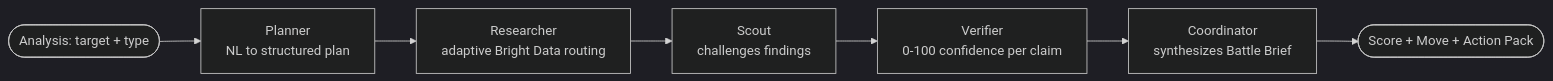
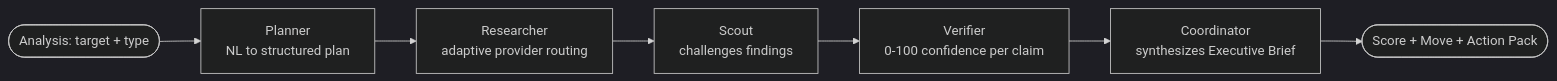
Before and after one commit to pranav-bhagath19/StratOS-AI: the first of 2 diagrams in README.md, drawn with Mermaid (dark theme). The commit also changed other lines of this file, not shown here.

Commit message:
docs: update README to reflect transition to provider-agnostic modular intelligence tools and OpenRouter integration

````diff
--- a/README.md
+++ b/README.md
@@ -100,9 +98,9 @@
 ```mermaid
 graph LR
   Start([Analysis: target + type]) --> Planner
   Planner[Planner<br/>NL to structured plan] --> Researcher
-  Researcher[Researcher<br/>adaptive Bright Data routing] --> Scout
+  Researcher[Researcher<br/>adaptive provider routing] --> Scout
   Scout[Scout<br/>challenges findings] --> Verifier
   Verifier[Verifier<br/>0-100 confidence per claim] --> Coordinator
-  Coordinator[Coordinator<br/>synthesizes Battle Brief] --> Output([Score + Move + Action Pack])
+  Coordinator[Coordinator<br/>synthesizes Executive Brief] --> Output([Score + Move + Action Pack])
 ```
````
